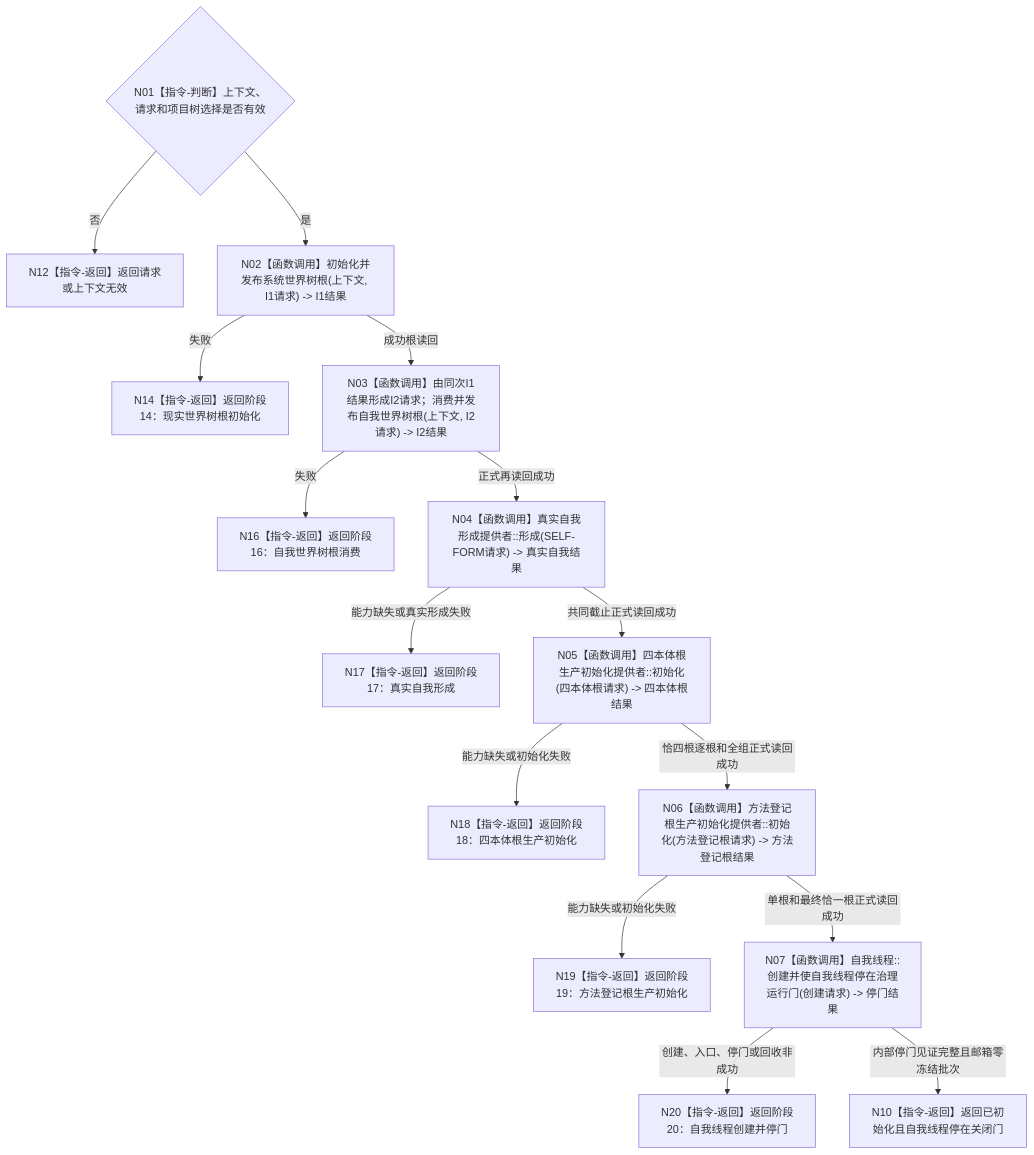
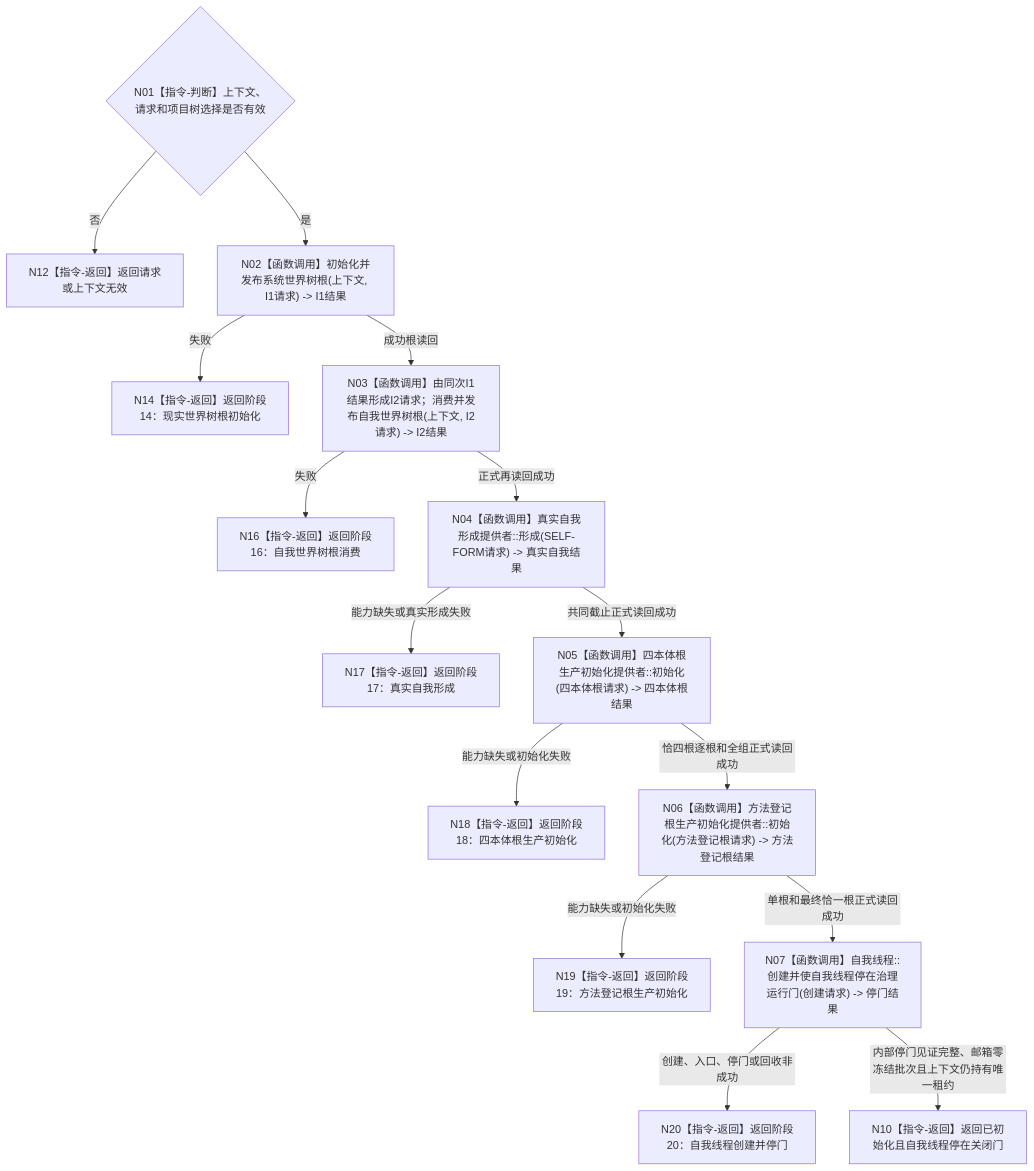
Before and after one commit to chunhaizh-cyber/HY-Ego: the diagram in 流程图/目标业务流程图/L2/BIZ-L2-001-03_初始化普通系统_目标函数流程图_v0.2.md, drawn with Mermaid. The commit also changed other lines of this file and 6 other files, not shown here.

````diff
--- a/流程图/目标业务流程图/L2/BIZ-L2-001-03_初始化普通系统_目标函数流程图_v0.2.md
+++ b/流程图/目标业务流程图/L2/BIZ-L2-001-03_初始化普通系统_目标函数流程图_v0.2.md
@@ -29,17 +29,17 @@
 ```mermaid
 flowchart TD
     N01{"N01【指令-判断】上下文、请求和项目树选择是否有效"} -->|否| N12["N12【指令-返回】返回请求或上下文无效"]
     N01 -->|是| N02["N02【函数调用】初始化并发布系统世界树根(上下文, I1请求) -> I1结果"]
     N02 -->|失败| N14["N14【指令-返回】返回阶段14：现实世界树根初始化"]
     N02 -->|成功根读回| N03["N03【函数调用】由同次I1结果形成I2请求；消费并发布自我世界树根(上下文, I2请求) -> I2结果"]
     N03 -->|失败| N16["N16【指令-返回】返回阶段16：自我世界树根消费"]
     N03 -->|正式再读回成功| N04["N04【函数调用】真实自我形成提供者::形成(SELF-FORM请求) -> 真实自我结果"]
     N04 -->|能力缺失或真实形成失败| N17["N17【指令-返回】返回阶段17：真实自我形成"]
     N04 -->|共同截止正式读回成功| N05["N05【函数调用】四本体根生产初始化提供者::初始化(四本体根请求) -> 四本体根结果"]
     N05 -->|能力缺失或初始化失败| N18["N18【指令-返回】返回阶段18：四本体根生产初始化"]
     N05 -->|恰四根逐根和全组正式读回成功| N06["N06【函数调用】方法登记根生产初始化提供者::初始化(方法登记根请求) -> 方法登记根结果"]
     N06 -->|能力缺失或初始化失败| N19["N19【指令-返回】返回阶段19：方法登记根生产初始化"]
     N06 -->|单根和最终恰一根正式读回成功| N07["N07【函数调用】自我线程::创建并使自我线程停在治理运行门(创建请求) -> 停门结果"]
     N07 -->|创建、入口、停门或回收非成功| N20["N20【指令-返回】返回阶段20：自我线程创建并停门"]
-    N07 -->|内部停门见证完整且邮箱零冻结批次| N10["N10【指令-返回】返回已初始化且自我线程停在关闭门"]
+    N07 -->|内部停门见证完整、邮箱零冻结批次且上下文仍持有唯一租约| N10["N10【指令-返回】返回已初始化且自我线程停在关闭门"]
 ```
````
